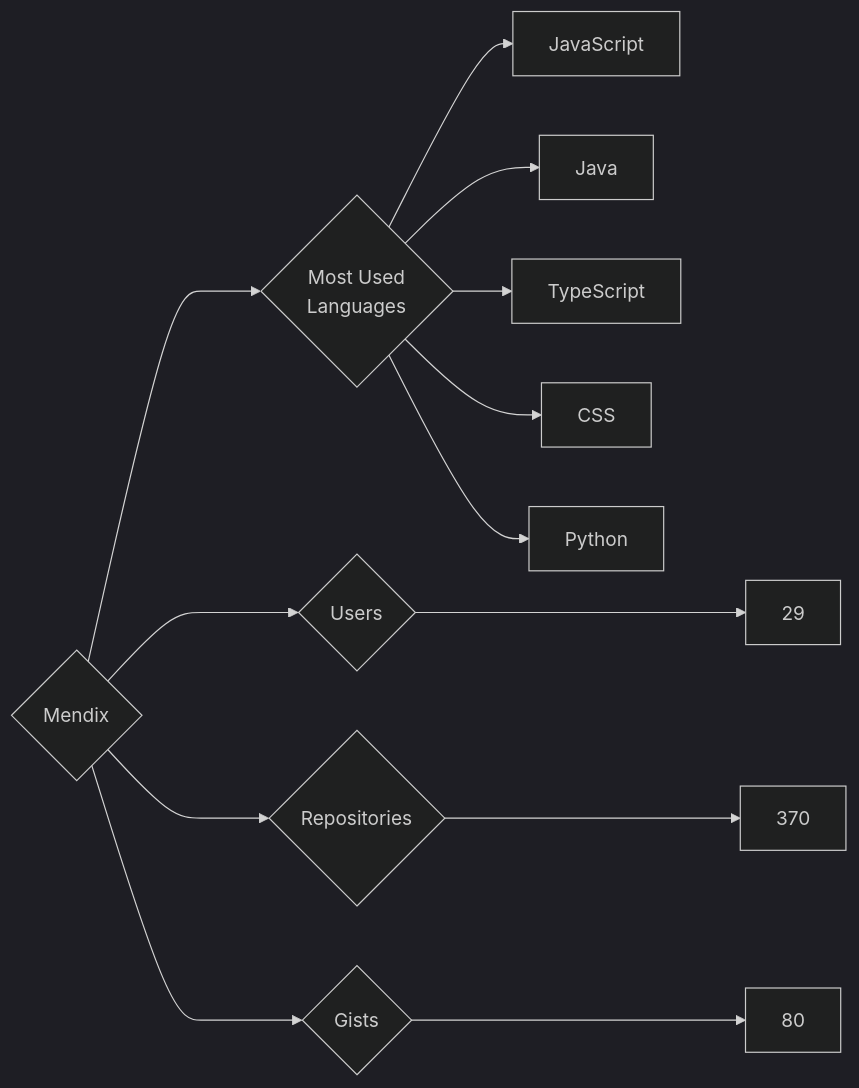
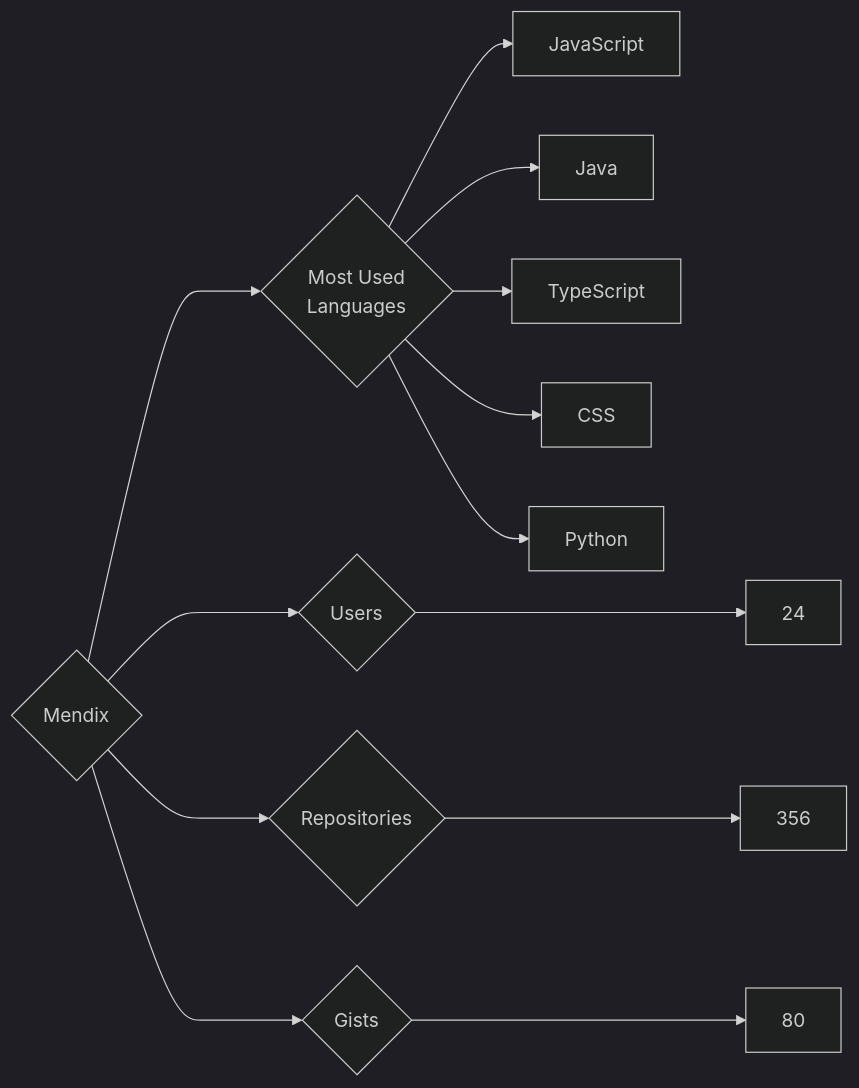
Before and after one commit to trickest/insiders: the diagram in targets/Mendix/README.md, drawn with Mermaid (dark theme). The commit also changed 1508 other files, not shown here.

````diff
--- a/targets/Mendix/README.md
+++ b/targets/Mendix/README.md
@@ -3,13 +3,13 @@
 ```mermaid
 graph LR
 COMPANY_NAME{Mendix}
-COMPANY_NAME ---> U{Users} ---> UN[29]
-COMPANY_NAME ---> R{Repositories} ---> RN[370]
+COMPANY_NAME ---> U{Users} ---> UN[24]
+COMPANY_NAME ---> R{Repositories} ---> RN[356]
 COMPANY_NAME ---> G{Gists} ---> GN[80]
 COMPANY_NAME ---> ML{Most Used<br>Languages}
 ML --> JavaScript[JavaScript]
 ML --> Java[Java]
 ML --> TypeScript[TypeScript]
 ML --> CSS[CSS]
 ML --> Python[Python]
 ```
````
